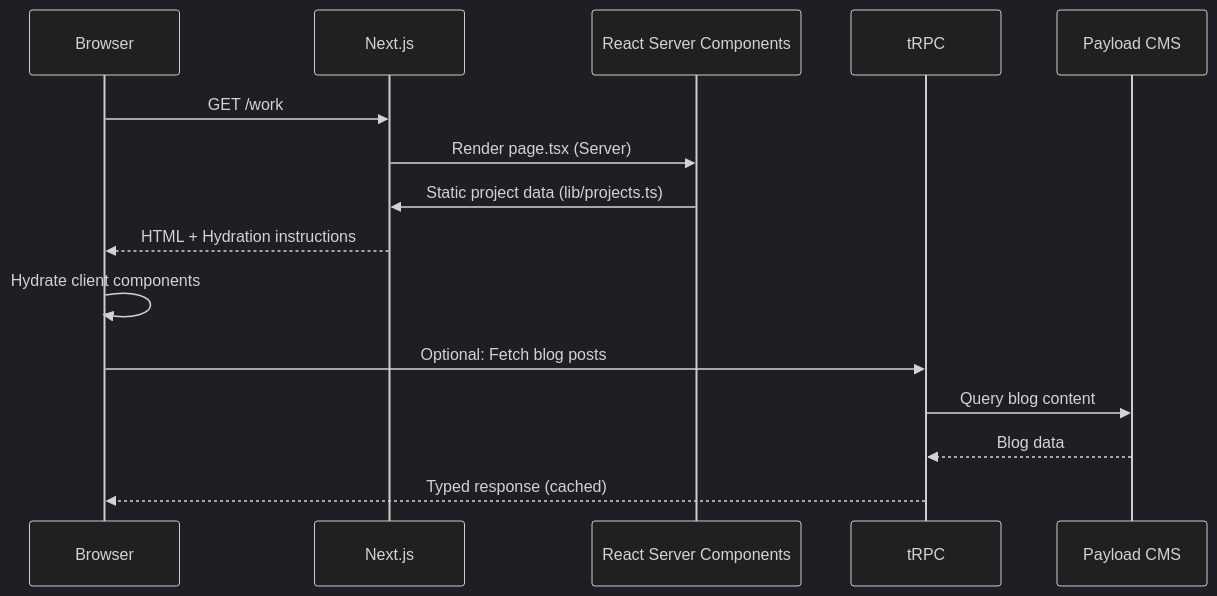
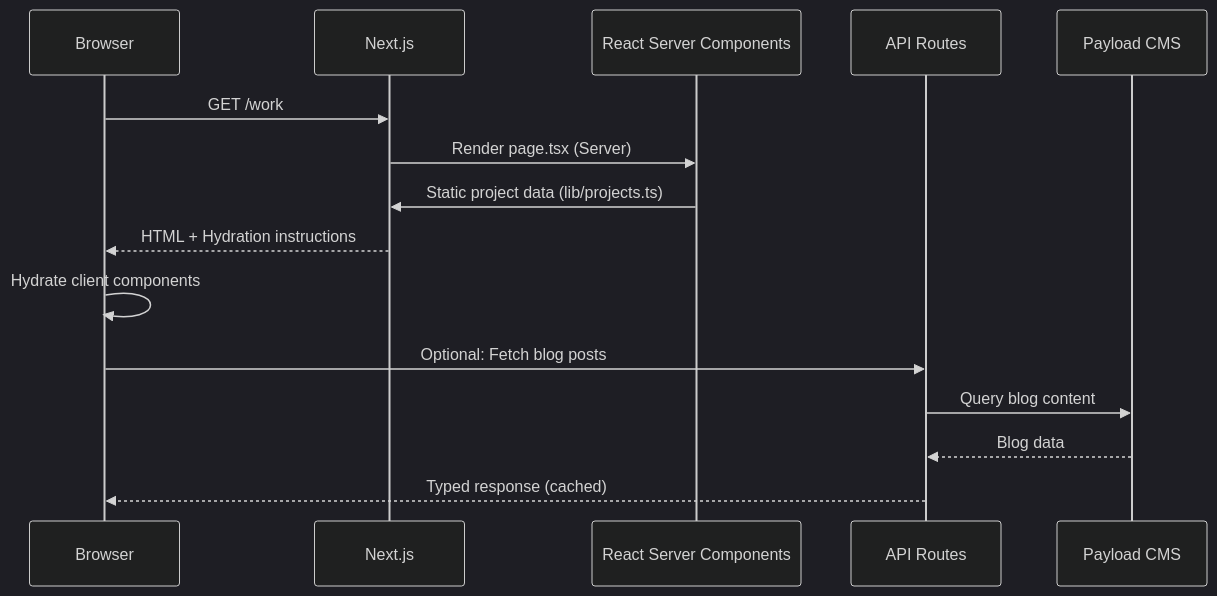
The fifth of 11 diagrams in web/docs/ARCHITECTURE.md (ossaidqadri/otherdev.web-02), drawn with Mermaid (dark theme) before and after one commit. The commit also changed other lines of this file and 2 other files, not shown here.

First line of the commit message:
docs: remove tRPC references, migrate to Next.js API Routes

````diff
--- a/web/docs/ARCHITECTURE.md
+++ b/web/docs/ARCHITECTURE.md
@@ -262,19 +266,19 @@
 ```mermaid
 sequenceDiagram
     participant Browser
     participant Next.js
     participant RSC as React Server Components
-    participant tRPC
+    participant API as API Routes
     participant CMS as Payload CMS
 
     Browser->>Next.js: GET /work
     Next.js->>RSC: Render page.tsx (Server)
     RSC->>Next.js: Static project data (lib/projects.ts)
     Next.js-->>Browser: HTML + Hydration instructions
 
     Browser->>Browser: Hydrate client components
-    Browser->>tRPC: Optional: Fetch blog posts
-    tRPC->>CMS: Query blog content
-    CMS-->>tRPC: Blog data
-    tRPC-->>Browser: Typed response (cached)
+    Browser->>API: Optional: Fetch blog posts
+    API->>CMS: Query blog content
+    CMS-->>API: Blog data
+    API-->>Browser: Typed response (cached)
 ```
````
